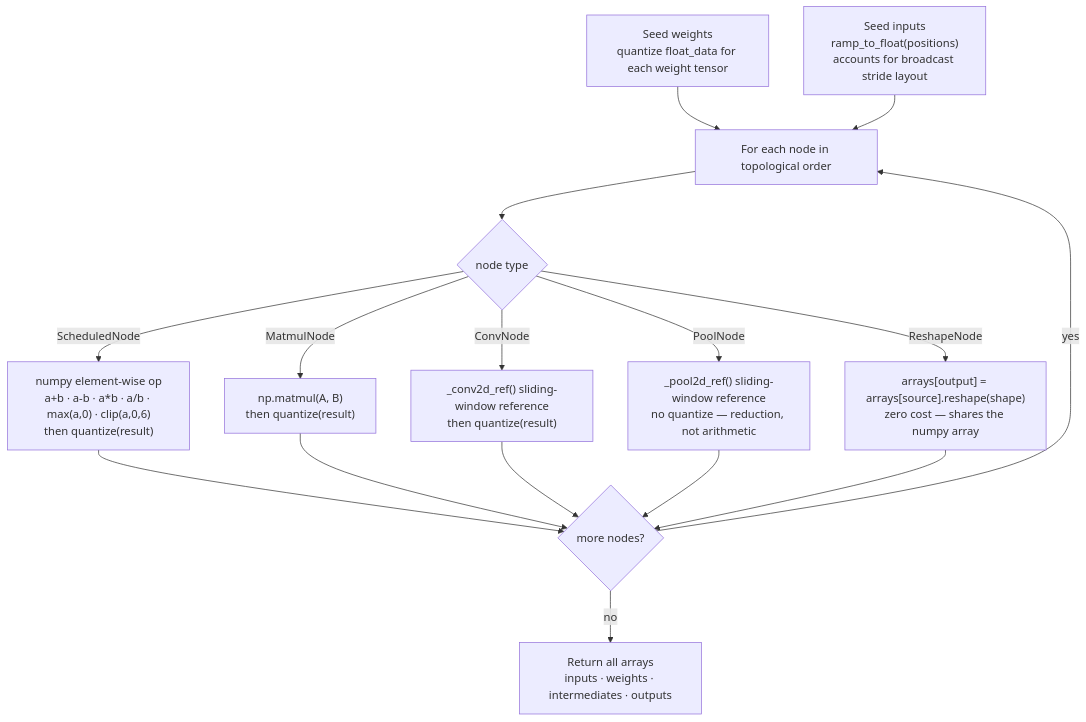
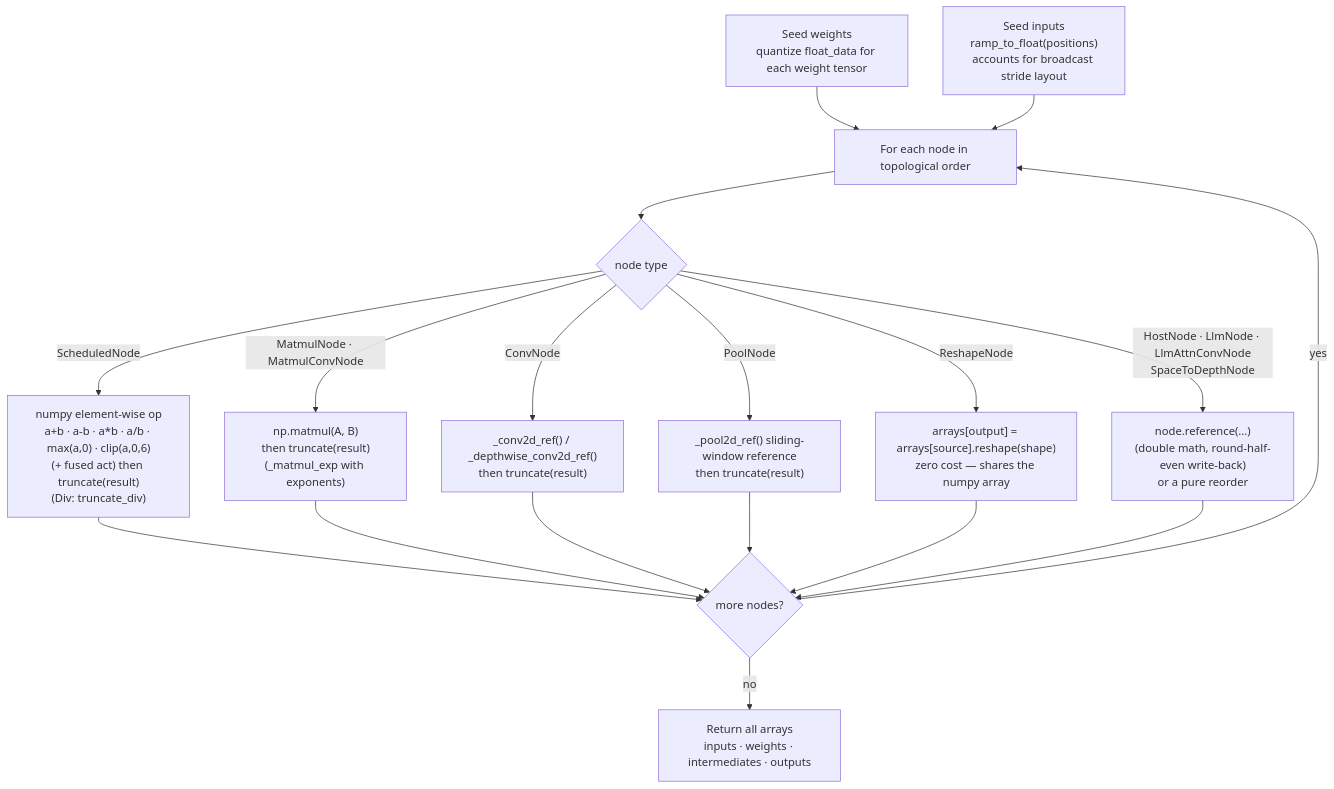
One commit to phoenix367/cormorant changed the fifth of 6 diagrams in inference-scheduler/doc/ARCHITECTURE.md. Above: the diagram before and after it, drawn with Mermaid. The commit also changed other lines of this file and 34 other files, not shown here.

````diff
--- a/inference-scheduler/doc/ARCHITECTURE.md
+++ b/inference-scheduler/doc/ARCHITECTURE.md
@@ -788,17 +889,18 @@
 ```mermaid
 flowchart TD
     W["Seed weights\nquantize float_data for each weight tensor"]
     I["Seed inputs\nramp_to_float(positions)\naccounts for broadcast stride layout"]
     W --> LOOP
     I --> LOOP
     LOOP["For each node in topological order"]
     LOOP --> SW{node type}
-    SW -->|ScheduledNode| SN["numpy element-wise op\na+b · a-b · a*b · a/b · max(a,0) · clip(a,0,6)\nthen quantize(result)"]
-    SW -->|MatmulNode| MN["np.matmul(A, B)\nthen quantize(result)"]
-    SW -->|ConvNode| CN["_conv2d_ref() sliding-window reference\nthen quantize(result)"]
-    SW -->|PoolNode| PN["_pool2d_ref() sliding-window reference\nno quantize — reduction, not arithmetic"]
+    SW -->|ScheduledNode| SN["numpy element-wise op\na+b · a-b · a*b · a/b · max(a,0) · clip(a,0,6)\n(+ fused act) then truncate(result)\n(Div: truncate_div)"]
+    SW -->|"MatmulNode · MatmulConvNode"| MN["np.matmul(A, B)\nthen truncate(result)\n(_matmul_exp with exponents)"]
+    SW -->|ConvNode| CN["_conv2d_ref() / _depthwise_conv2d_ref()\nthen truncate(result)"]
+    SW -->|PoolNode| PN["_pool2d_ref() sliding-window reference\nthen truncate(result)"]
     SW -->|ReshapeNode| RN["arrays[output] = arrays[source].reshape(shape)\nzero cost — shares the numpy array"]
-    SN & MN & CN & PN & RN --> NEXT{more nodes?}
+    SW -->|"HostNode · LlmNode · LlmAttnConvNode\nSpaceToDepthNode"| HN["node.reference(...)\n(double math, round-half-even write-back)\nor a pure reorder"]
+    SN & MN & CN & PN & RN & HN --> NEXT{more nodes?}
     NEXT -->|yes| LOOP
     NEXT -->|no| OUT["Return all arrays\ninputs · weights · intermediates · outputs"]
 ```
````
